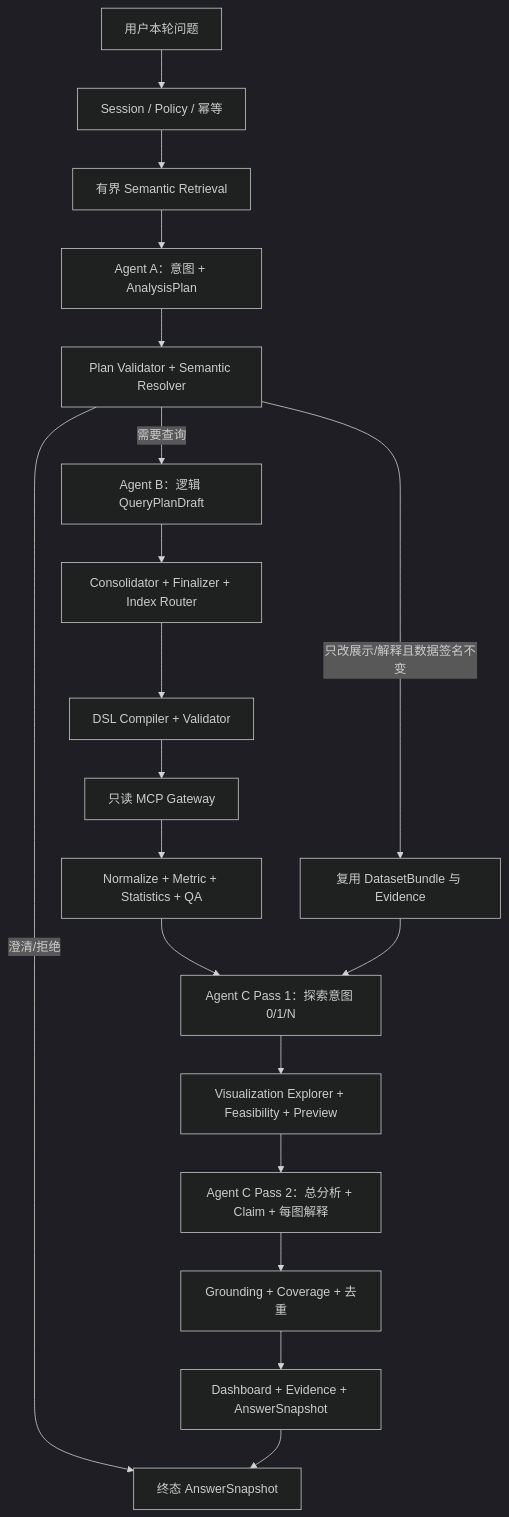
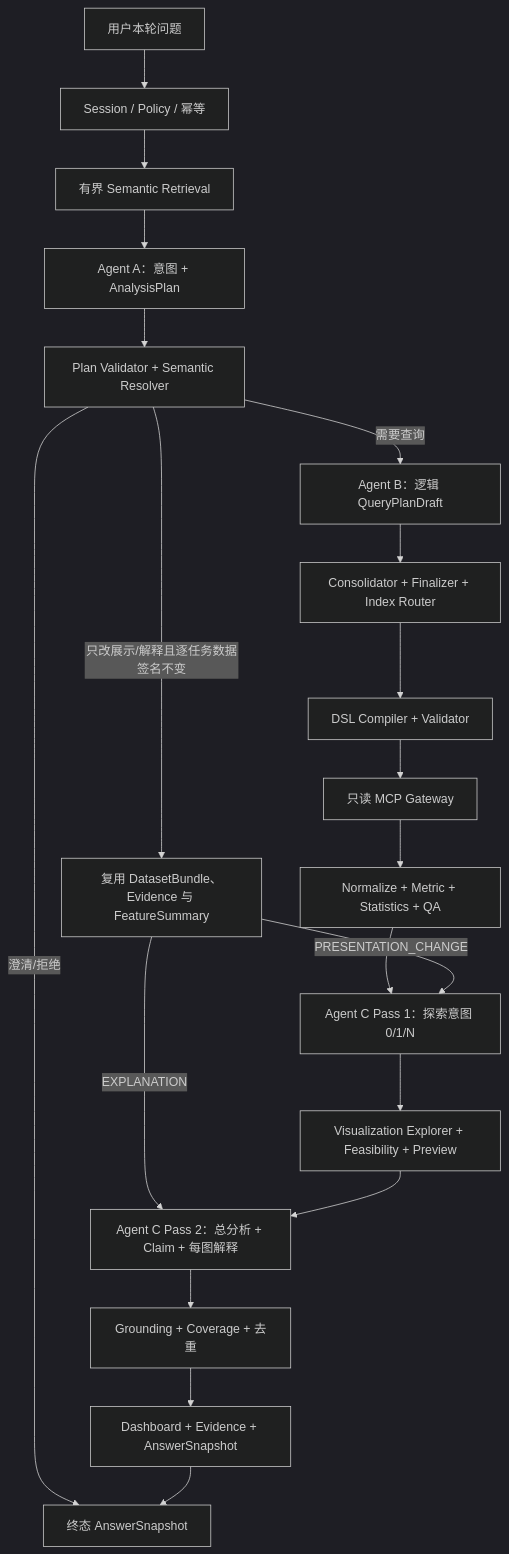
The diagram in docs/integration/multi_agent_orchestration.md (Beatrice052/test), drawn with Mermaid (dark theme) before and after one commit. The commit also changed other lines of this file and 67 other files, not shown here.

````diff
--- a/docs/integration/multi_agent_orchestration.md
+++ b/docs/integration/multi_agent_orchestration.md
@@ -19,21 +21,22 @@
 ```mermaid
 flowchart TD
     U["用户本轮问题"] --> S["Session / Policy / 幂等"]
     S --> RET["有界 Semantic Retrieval"]
     RET --> A["Agent A：意图 + AnalysisPlan"]
     A --> AR["Plan Validator + Semantic Resolver"]
     AR -->|"澄清/拒绝"| END["终态 AnswerSnapshot"]
-    AR -->|"只改展示/解释且数据签名不变"| REUSE["复用 DatasetBundle 与 Evidence"]
+    AR -->|"只改展示/解释且逐任务数据签名不变"| REUSE["复用 DatasetBundle、Evidence 与 FeatureSummary"]
     AR -->|"需要查询"| B["Agent B：逻辑 QueryPlanDraft"]
     B --> QV["Consolidator + Finalizer + Index Router"]
     QV --> DSL["DSL Compiler + Validator"]
     DSL --> MCP["只读 MCP Gateway"]
     MCP --> DATA["Normalize + Metric + Statistics + QA"]
     DATA --> C1["Agent C Pass 1：探索意图 0/1/N"]
-    REUSE --> C1
+    REUSE -->|"PRESENTATION_CHANGE"| C1
+    REUSE -->|"EXPLANATION"| C2
     C1 --> VX["Visualization Explorer + Feasibility + Preview"]
     VX --> C2["Agent C Pass 2：总分析 + Claim + 每图解释"]
     C2 --> GR["Grounding + Coverage + 去重"]
     GR --> OUT["Dashboard + Evidence + AnswerSnapshot"]
     OUT --> END
 ```
````
